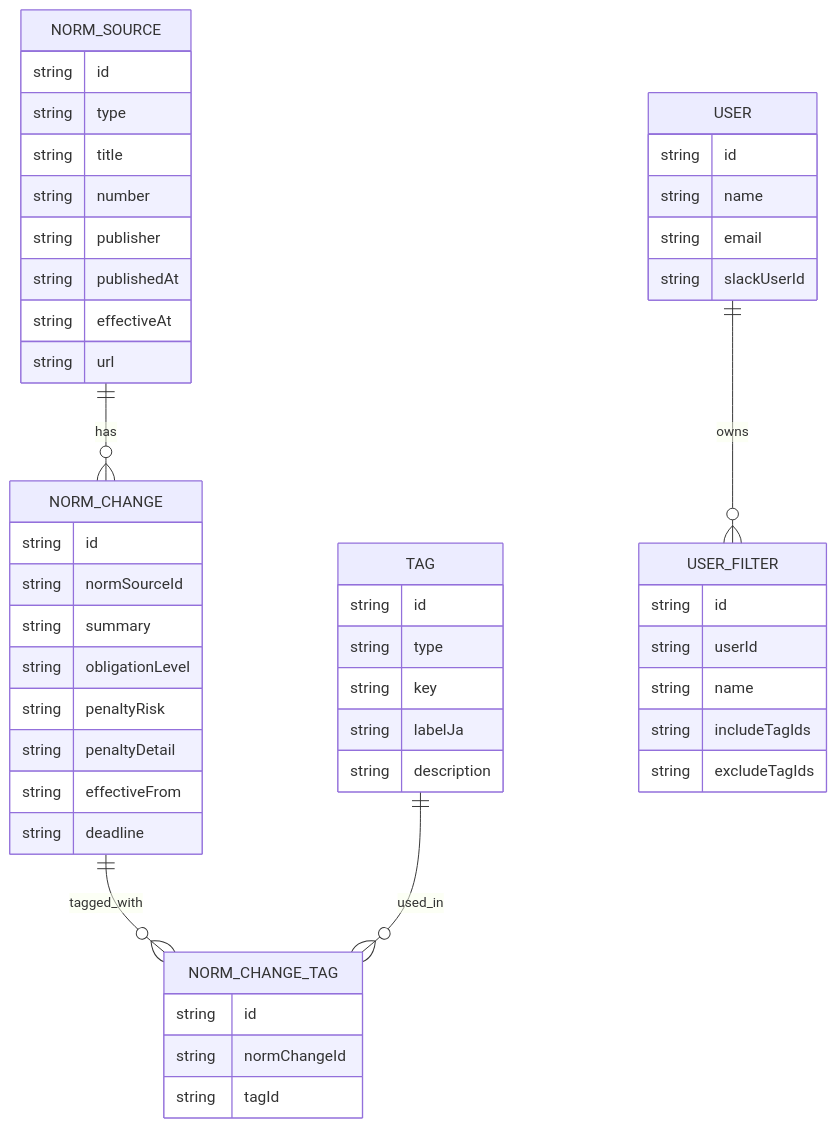
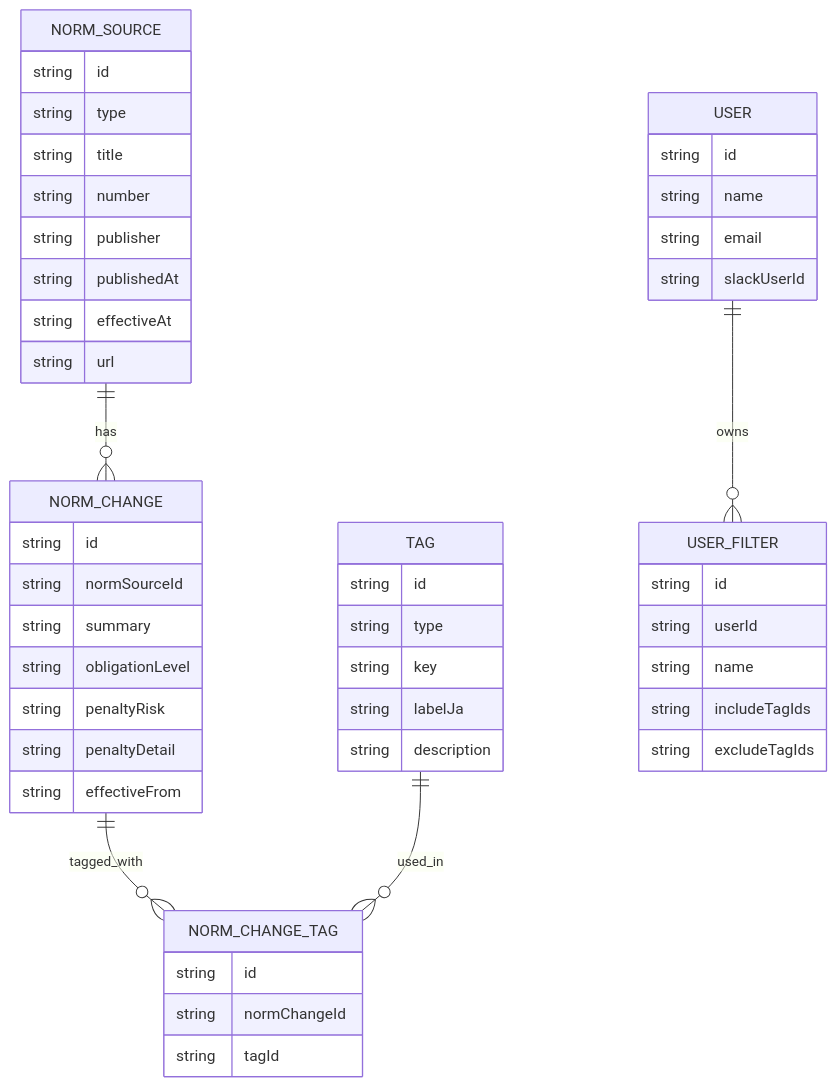
The second of 3 diagrams in docs/architecture.md (bokunon/norm-changes), drawn with Mermaid before and after one commit. The commit also changed 6 other files, not shown here.

````diff
--- a/docs/architecture.md
+++ b/docs/architecture.md
@@ -65,58 +65,57 @@
 ```mermaid
 erDiagram
     NORM_SOURCE {
         string id
         string type
         string title
         string number
         string publisher
         string publishedAt
         string effectiveAt
         string url
     }
 
     NORM_CHANGE {
         string id
         string normSourceId
         string summary
         string obligationLevel
         string penaltyRisk
         string penaltyDetail
         string effectiveFrom
-        string deadline
     }
 
     TAG {
         string id
         string type
         string key
         string labelJa
         string description
     }
 
     NORM_CHANGE_TAG {
         string id
         string normChangeId
         string tagId
     }
 
     USER {
         string id
         string name
         string email
         string slackUserId
     }
 
     USER_FILTER {
         string id
         string userId
         string name
         string includeTagIds
         string excludeTagIds
     }
 
     NORM_SOURCE ||--o{ NORM_CHANGE : has
     NORM_CHANGE ||--o{ NORM_CHANGE_TAG : tagged_with
     TAG ||--o{ NORM_CHANGE_TAG : used_in
     USER ||--o{ USER_FILTER : owns
 ```
````
